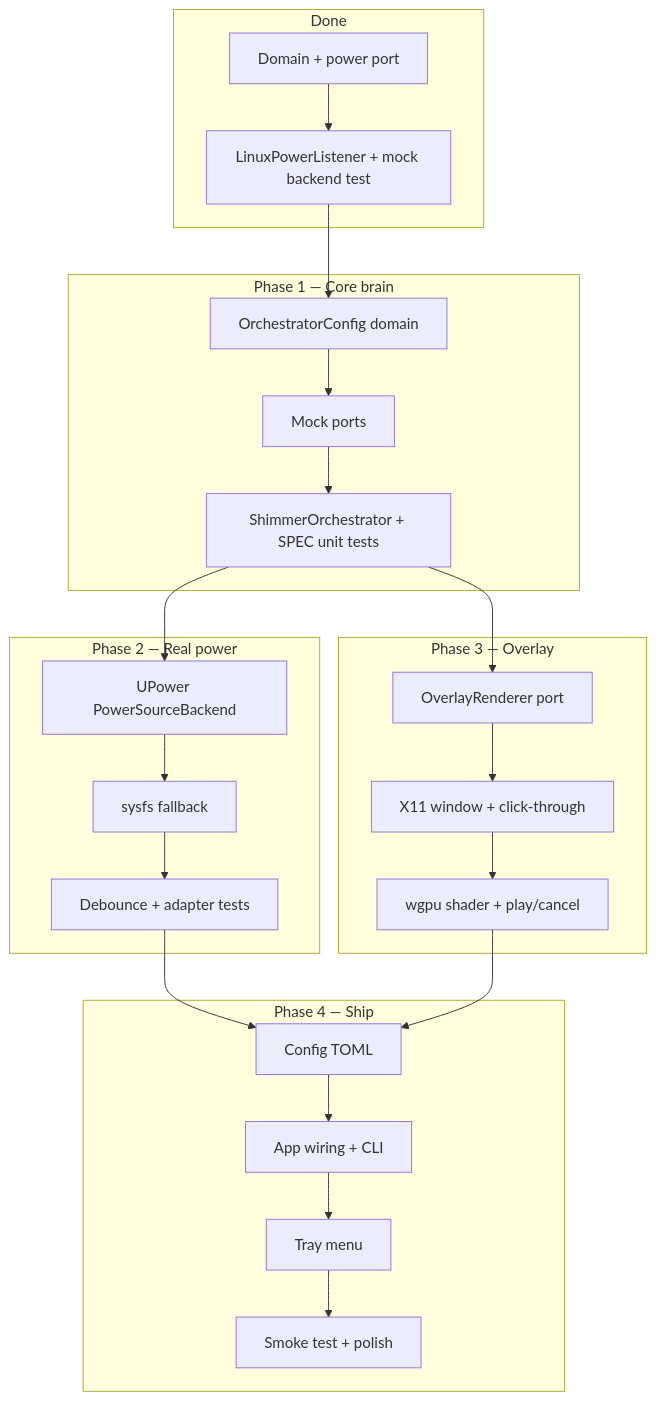
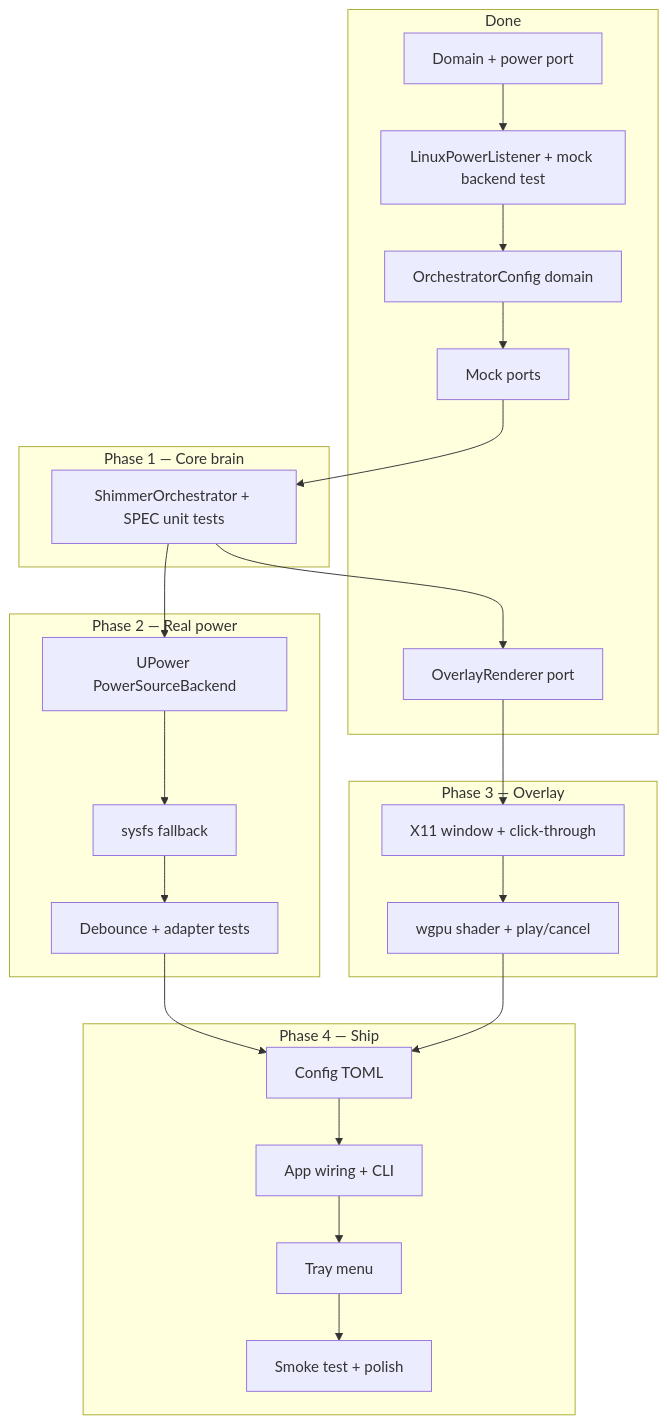
The diagram in ROADMAP.md (CraigKnoblauch/power-shimmer), drawn with Mermaid before and after one commit. The commit also changed other lines of this file and 12 other files, not shown here.

````diff
--- a/ROADMAP.md
+++ b/ROADMAP.md
@@ -50,34 +52,34 @@
 ```mermaid
 flowchart TD
     subgraph done [Done]
         A[Domain + power port]
         B[LinuxPowerListener + mock backend test]
+        C[OrchestratorConfig domain]
+        D[Mock ports]
+        I[OverlayRenderer port]
     end
     subgraph p1 [Phase 1 — Core brain]
-        C[OrchestratorConfig domain]
-        D[Mock ports]
         E[ShimmerOrchestrator + SPEC unit tests]
     end
     subgraph p2 [Phase 2 — Real power]
         F[UPower PowerSourceBackend]
         G[sysfs fallback]
         H[Debounce + adapter tests]
     end
     subgraph p3 [Phase 3 — Overlay]
-        I[OverlayRenderer port]
         J[X11 window + click-through]
         K[wgpu shader + play/cancel]
     end
     subgraph p4 [Phase 4 — Ship]
         L[Config TOML]
         M[App wiring + CLI]
         N[Tray menu]
         O[Smoke test + polish]
     end
     A --> B --> C --> D --> E
     E --> F --> G --> H
     E --> I --> J --> K
     H --> L
     K --> L
     L --> M --> N --> O
 ```
````
